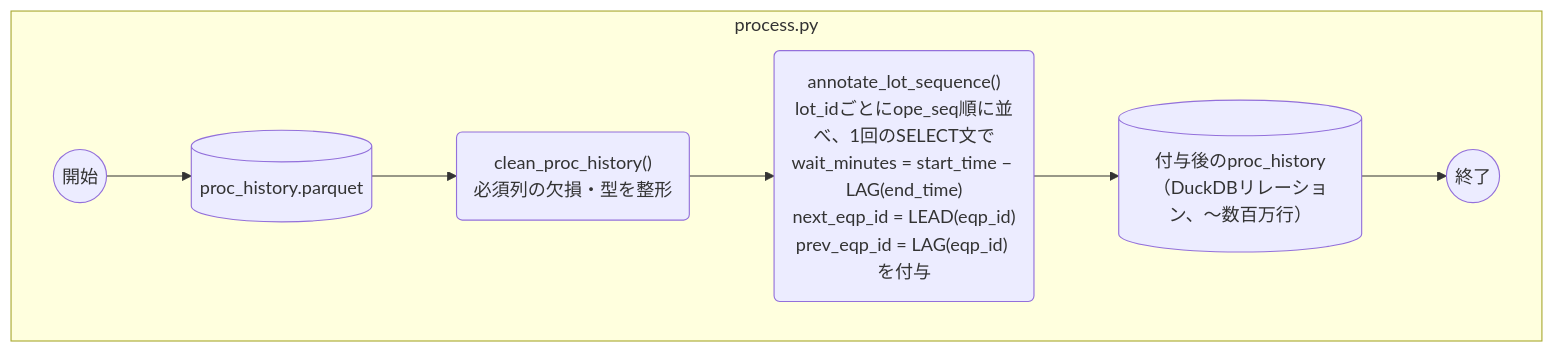
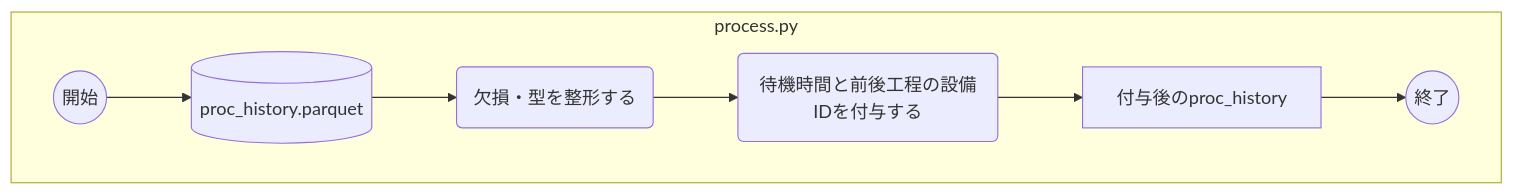
One commit to mukumuyi/AnalyseTool changed the third of 7 diagrams in .steering/20260830-eqp-workload-analysis/design.md. Above: the diagram before and after it, drawn with Mermaid. The commit also changed other lines of this file and 1 other file, not shown here.

````diff
--- a/.steering/20260830-eqp-workload-analysis/design.md
+++ b/.steering/20260830-eqp-workload-analysis/design.md
@@ -96,11 +96,11 @@
 ```mermaid
 flowchart TD
     subgraph SW2["process.py"]
         Start2((開始)) -->
         RawData2[("proc_history.parquet")] -->
-        Clean2("clean_proc_history()<br/>必須列の欠損・型を整形") -->
-        Annotate2("annotate_lot_sequence()<br/>lot_idごとにope_seq順に並べ、1回のSELECT文で<br/>wait_minutes = start_time − LAG(end_time)<br/>next_eqp_id = LEAD(eqp_id)<br/>prev_eqp_id = LAG(eqp_id) を付与") -->
-        AnnotatedData2[("付与後のproc_history<br/>（DuckDBリレーション、〜数百万行）")] -->
+        Clean2("欠損・型を整形する") -->
+        Annotate2("待機時間と前後工程の設備IDを付与する") -->
+        AnnotatedData2["付与後のproc_history"] -->
         End2((終了))
     end
 ```
````
